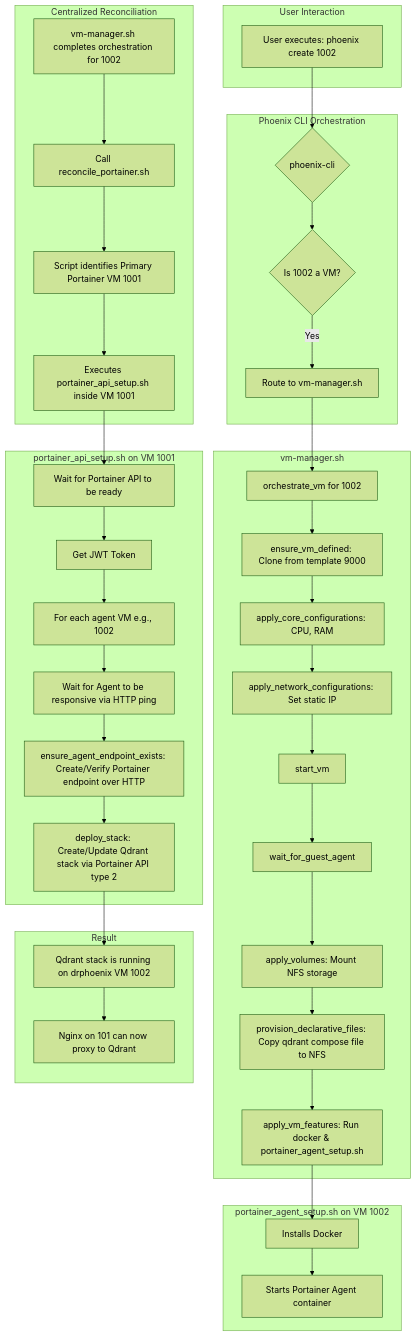
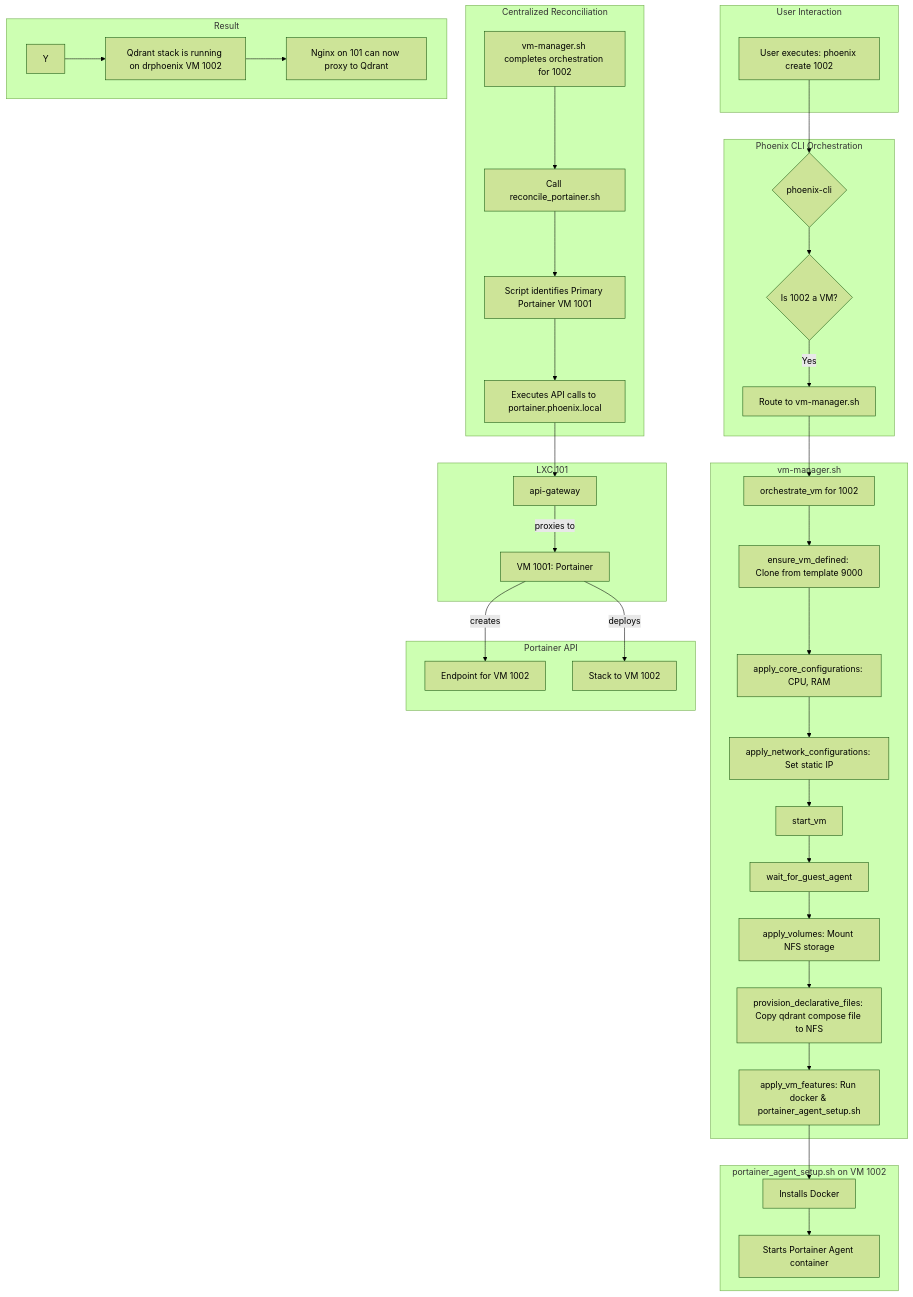
One commit to SirHeads/Testing-ideas changed the diagram in Thinkheads.AI_docs/README.md. Above: the diagram before and after it, drawn with Mermaid (forest theme). The commit also changed other lines of this file and 20 other files, not shown here.

````diff
--- a/Thinkheads.AI_docs/README.md
+++ b/Thinkheads.AI_docs/README.md
@@ -43,50 +43,51 @@
 ```mermaid
 graph TD
     subgraph User Interaction
         A[User executes: phoenix create 1002]
     end
 
     subgraph Phoenix CLI Orchestration
         A --> B{phoenix-cli};
         B --> C{Is 1002 a VM?};
         C -->|Yes| D[Route to vm-manager.sh];
     end
 
     subgraph VM Manager Workflow [vm-manager.sh]
         D --> E[orchestrate_vm for 1002];
         E --> F[ensure_vm_defined: Clone from template 9000];
         F --> G[apply_core_configurations: CPU, RAM];
         G --> H[apply_network_configurations: Set static IP];
         H --> I[start_vm];
         I --> J[wait_for_guest_agent];
         J --> K[apply_volumes: Mount NFS storage];
         K --> L[provision_declarative_files: Copy qdrant compose file to NFS];
         L --> M[apply_vm_features: Run docker & portainer_agent_setup.sh];
     end
 
     subgraph Portainer Agent Setup [portainer_agent_setup.sh on VM 1002]
         M --> N[Installs Docker];
         N --> O[Starts Portainer Agent container];
     end
 
     subgraph Centralized Reconciliation
         P[vm-manager.sh completes orchestration for 1002];
         P --> Q[Call reconcile_portainer.sh];
         Q --> R[Script identifies Primary Portainer VM 1001];
-        R --> S[Executes portainer_api_setup.sh inside VM 1001];
+        R --> S[Executes API calls to portainer.phoenix.local];
     end
 
-    subgraph Portainer API Setup [portainer_api_setup.sh on VM 1001]
-        S --> T[Wait for Portainer API to be ready];
-        T --> U[Get JWT Token];
-        U --> V[For each agent VM e.g., 1002];
-        V --> W[Wait for Agent to be responsive via HTTP ping];
-        W --> X[ensure_agent_endpoint_exists: Create/Verify Portainer endpoint over HTTP];
-        X --> Y[deploy_stack: Create/Update Qdrant stack via Portainer API type 2];
+    subgraph NGINX Gateway [LXC 101]
+        S --> T[api-gateway];
+        T -- proxies to --> U[VM 1001: Portainer];
+    end
+
+    subgraph Portainer API
+        U -- creates --> V[Endpoint for VM 1002];
+        U -- deploys --> W[Stack to VM 1002];
     end
 
     subgraph Result
         Y --> Z[Qdrant stack is running on drphoenix VM 1002];
         Z --> AA[Nginx on 101 can now proxy to Qdrant];
     end
 ```
````
